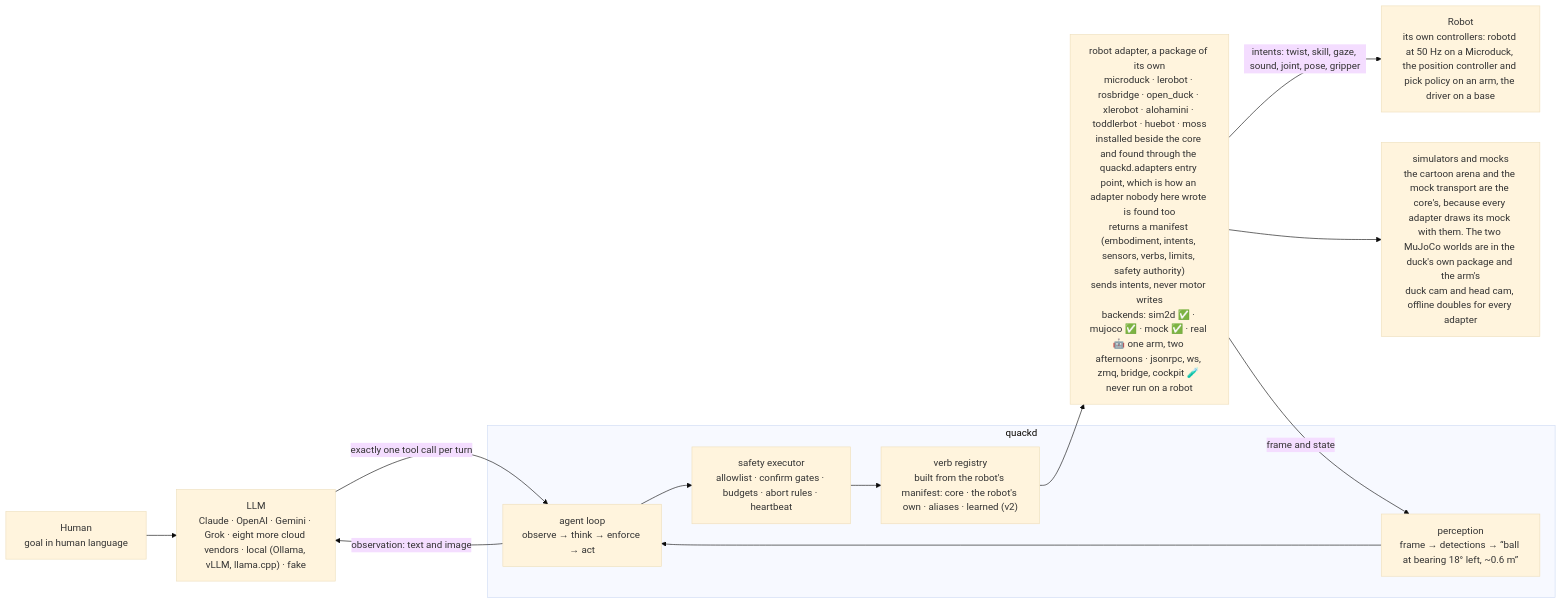
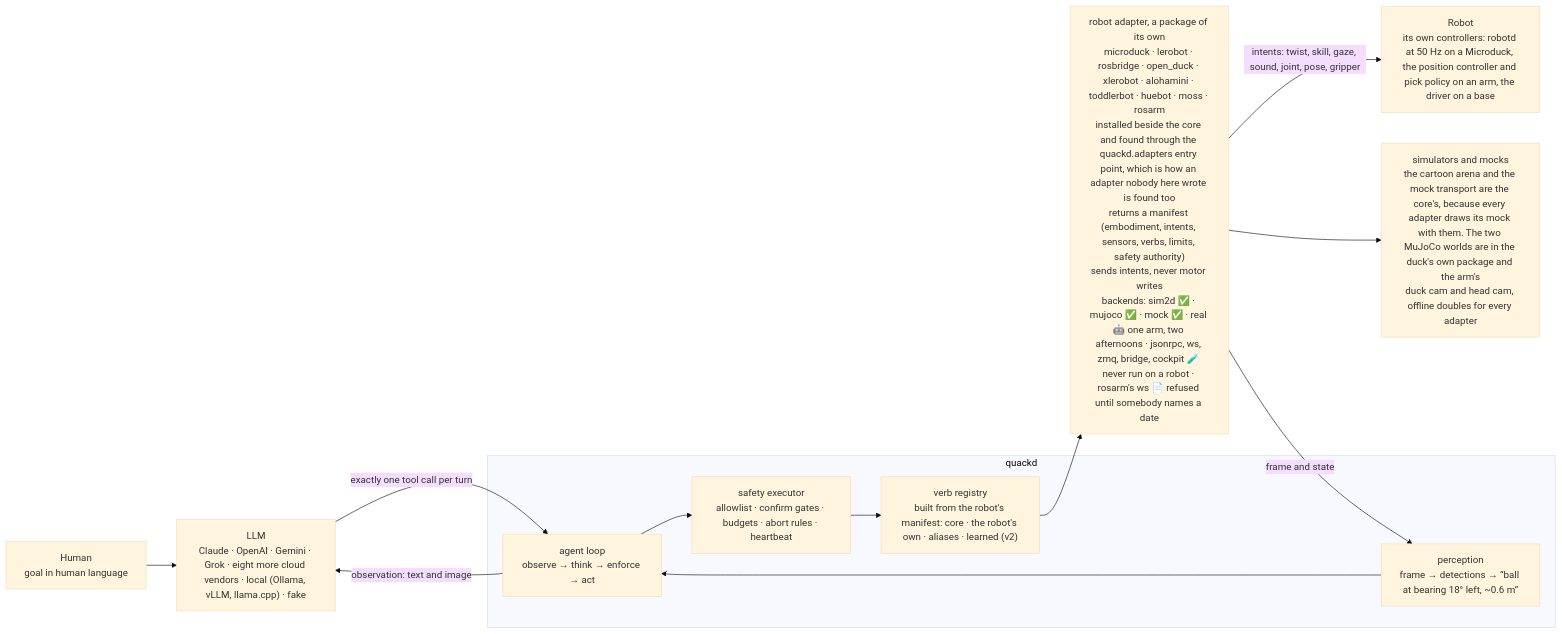
The second of 2 diagrams in README.md (rokbenko/quackd), drawn with Mermaid (base theme) before and after one commit. The commit also changed other lines of this file and 73 other files, not shown here.

````diff
--- a/README.md
+++ b/README.md
@@ -624,21 +627,21 @@
 ```mermaid
 flowchart LR
     HUMAN["Human<br/>goal in human language"]
     LLM["LLM<br/>Claude · OpenAI · Gemini · Grok · eight more cloud vendors · local (Ollama, vLLM, llama.cpp) · fake"]
     subgraph quackd
         LOOP["agent loop<br/>observe → think → enforce → act"]
         EXEC["safety executor<br/>allowlist · confirm gates · budgets · abort rules · heartbeat"]
         VERBS["verb registry<br/>built from the robot's manifest: core · the robot's own · aliases · learned (v2)"]
         PERC["perception<br/>frame → detections → “ball at bearing 18° left, ~0.6 m”"]
     end
-    ADAPTER["robot adapter, a package of its own<br/>microduck · lerobot · rosbridge · open_duck · xlerobot · alohamini · toddlerbot · huebot · moss<br/>installed beside the core and found through the quackd.adapters entry point, which is how an adapter nobody here wrote is found too<br/>returns a manifest (embodiment, intents, sensors, verbs, limits, safety authority)<br/>sends intents, never motor writes<br/>backends: sim2d ✅ · mujoco ✅ · mock ✅ · real 🤖 one arm, two afternoons · jsonrpc, ws, zmq, bridge, cockpit 🧪 never run on a robot"]
+    ADAPTER["robot adapter, a package of its own<br/>microduck · lerobot · rosbridge · open_duck · xlerobot · alohamini · toddlerbot · huebot · moss · rosarm<br/>installed beside the core and found through the quackd.adapters entry point, which is how an adapter nobody here wrote is found too<br/>returns a manifest (embodiment, intents, sensors, verbs, limits, safety authority)<br/>sends intents, never motor writes<br/>backends: sim2d ✅ · mujoco ✅ · mock ✅ · real 🤖 one arm, two afternoons · jsonrpc, ws, zmq, bridge, cockpit 🧪 never run on a robot · rosarm's ws 📄 refused until somebody names a date"]
     ROBOT["Robot<br/>its own controllers: robotd at 50 Hz on a Microduck, the position controller and pick policy on an arm, the driver on a base"]
     SIM["simulators and mocks<br/>the cartoon arena and the mock transport are the core's, because every adapter draws its mock with them. The two MuJoCo worlds are in the duck's own package and the arm's<br/>duck cam and head cam, offline doubles for every adapter"]
     HUMAN --> LLM
     LLM -- "exactly one tool call per turn" --> LOOP
     LOOP --> EXEC --> VERBS --> ADAPTER
     ADAPTER -- "intents: twist, skill, gaze, sound, joint, pose, gripper" --> ROBOT
     ADAPTER --> SIM
     ADAPTER -- "frame and state" --> PERC --> LOOP
     LOOP -- "observation: text and image" --> LLM
 ```
````
